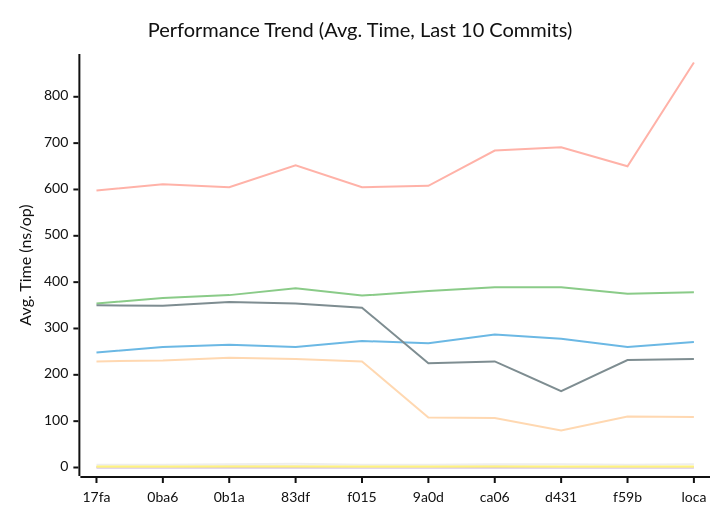
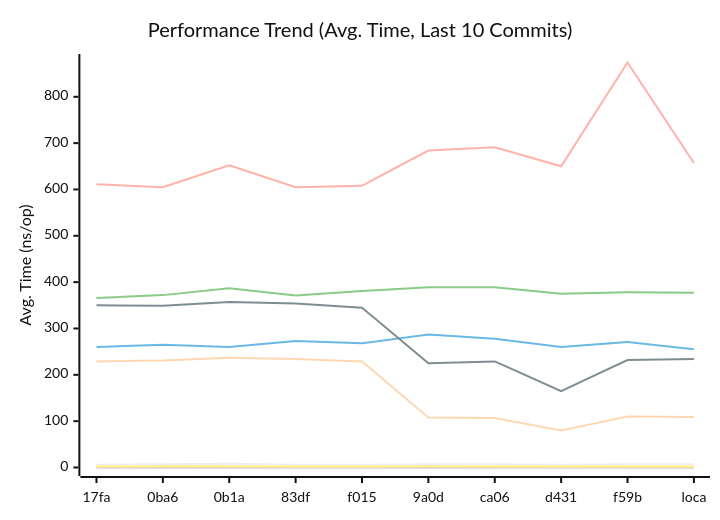
Before and after one commit to alsotoes/momo: the first of 3 diagrams in docs/PERFORMANCE.md, drawn with Mermaid (neutral theme). The commit also changed other lines of this file and 2 other files, not shown here.

Commit message:
ci(performance): ignore sub-10ns micro-benchmarks in comparison check

````diff
--- a/docs/PERFORMANCE.md
+++ b/docs/PERFORMANCE.md
@@ -80,16 +80,16 @@
 ```mermaid
 xychart-beta
     title "Performance Trend (Avg. Time, Last 10 Commits)"
     x-axis "Commit"
     y-axis "Avg. Time (ns/op)"
     x-axis [17fa,0ba6,0b1a,83df,f015,9a0d,ca06,d431,f59b,loca]
-    line "CheckMetricsAndSwap" [6,6,7,8,6,6,7,7,6,7]
-    line "CrushOptimized" [248,260,265,260,273,268,287,278,260,271]
-    line "CrushOriginal" [354,366,372,387,371,381,389,389,375,378]
+    line "CheckMetricsAndSwap" [6,7,8,6,6,7,7,6,7,7]
+    line "CrushOptimized" [260,265,260,273,268,287,278,260,271,255]
+    line "CrushOriginal" [366,372,387,371,381,389,389,375,378,377]
     line "IndexDirectTracking" [0,0,0,0,0,0,0,0,0,0]
-    line "IndexSearch" [1,1,2,2,1,1,2,1,1,1]
-    line "LoadGlobalConfig" [598,611,605,652,605,608,684,691,650,874]
+    line "IndexSearch" [1,2,2,1,1,2,1,1,1,1]
+    line "LoadGlobalConfig" [611,605,652,605,608,684,691,650,874,657]
     line "PadString" [2,2,2,2,2,2,2,2,2,2]
     line "ParseReplicationOrder_NoPrealloc" [350,349,357,354,345,225,229,165,232,234]
     line "ParseReplicationOrder_Prealloc" [229,231,237,234,229,108,107,80,110,109]
 ```
````
